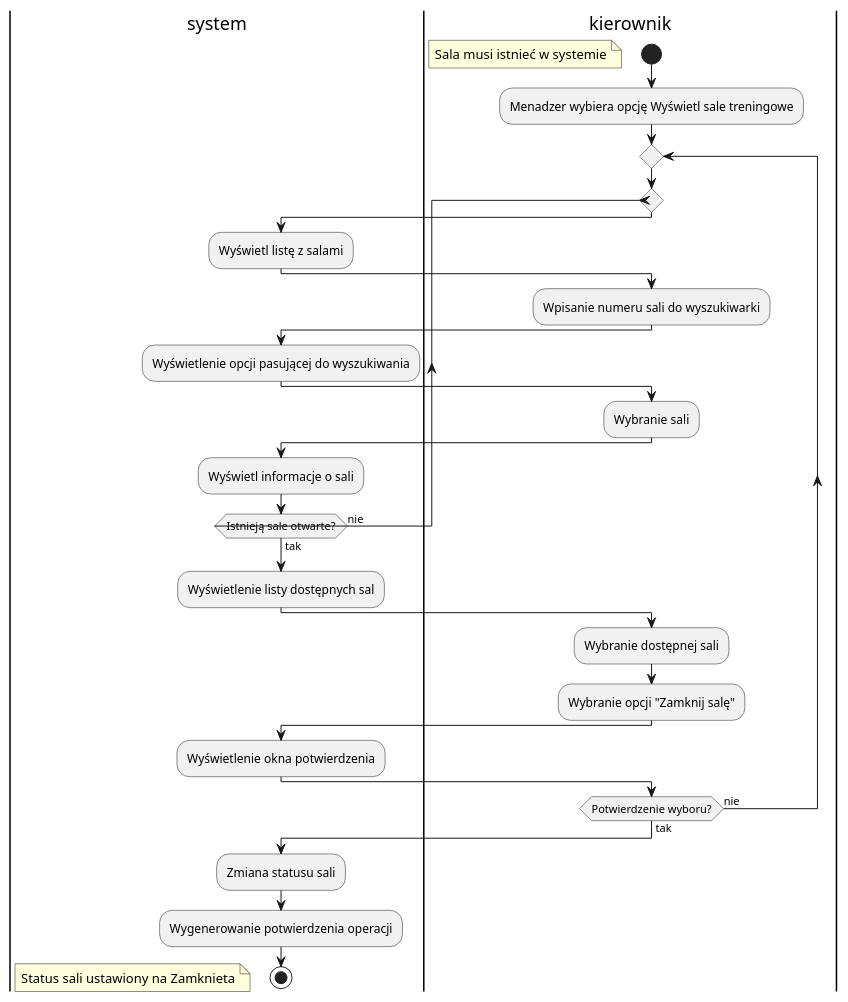
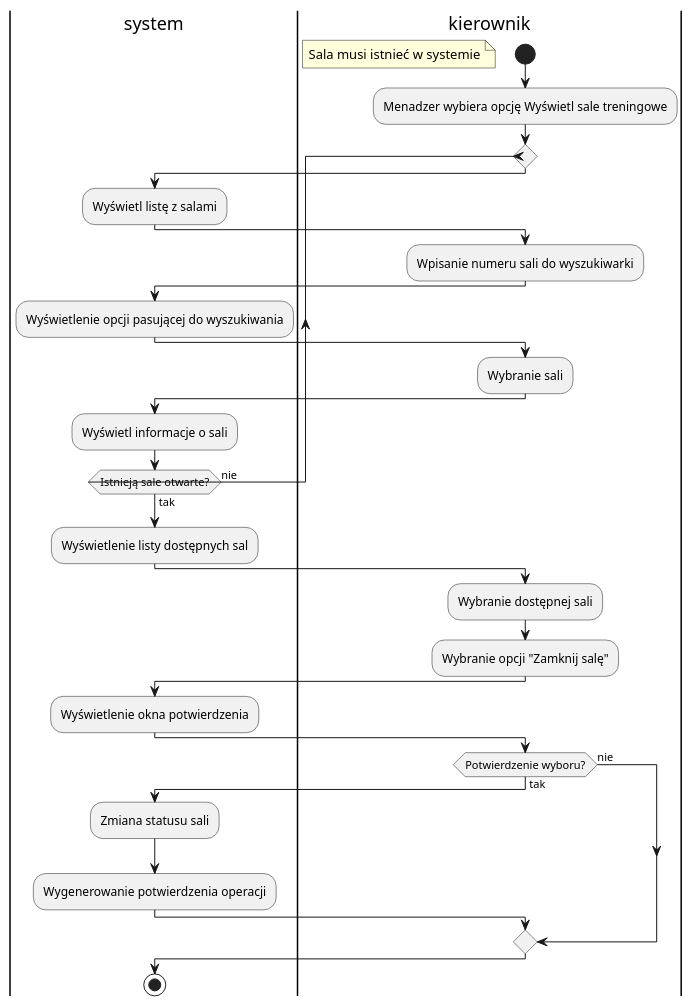
Before and after one commit to filip-stepien/software-engineering-lab: the diagram in src/activity_diagrams/Bartek/zamkniecie_sali.puml, drawn with PlantUML. The commit also changed 4 other files, not shown here.

Commit message:
diagrams done

```diff
--- a/src/activity_diagrams/Bartek/zamkniecie_sali.puml
+++ b/src/activity_diagrams/Bartek/zamkniecie_sali.puml
@@ -1,35 +1,37 @@
-@startuml
+@startuml 
 |s|system
 |k|kierownik
 
 start 
 floating note left: Sala musi istnieć w systemie
 :Menadzer wybiera opcję Wyświetl sale treningowe;
-repeat
+
     repeat
         |s|
         :Wyświetl listę z salami;
         |k|
         :Wpisanie numeru sali do wyszukiwarki;
         |s|
         :Wyświetlenie opcji pasującej do wyszukiwania;
         |k|
         :Wybranie sali;
         |s|
         :Wyświetl informacje o sali;
     repeat while (Istnieją sale otwarte?) is (nie) not (tak)
     :Wyświetlenie listy dostępnych sal;
     |k|
     :Wybranie dostępnej sali;
     :Wybranie opcji "Zamknij salę";
     |s|
     :Wyświetlenie okna potwierdzenia;
     |k|
-repeat while (Potwierdzenie wyboru?) is (nie) not (tak)
+    if (Potwierdzenie wyboru?) then (tak)
     |s|
     :Zmiana statusu sali;
     :Wygenerowanie potwierdzenia operacji;
-stop
-floating note left: Status sali ustawiony na Zamknieta
+    else(nie)
+    endif
+    stop
+
 
 @enduml
```
